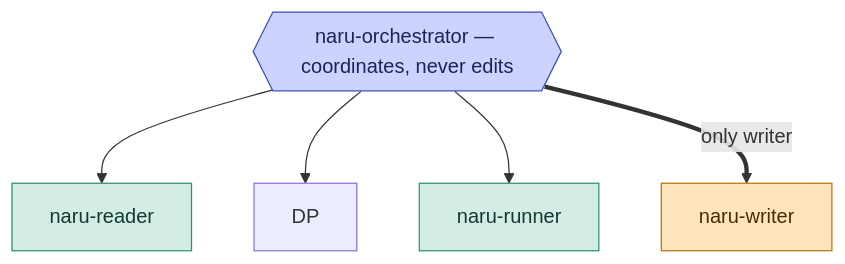
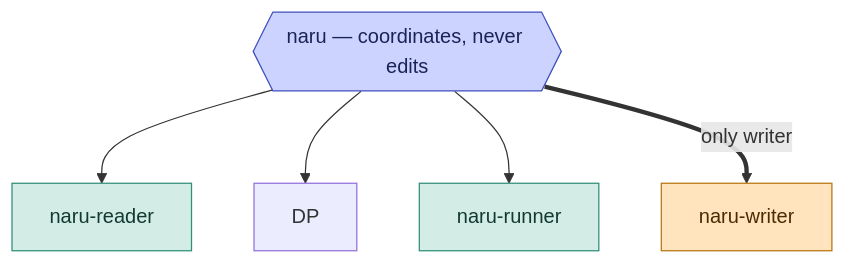
One commit to sean35mm/naru-opencode changed the first of 2 diagrams in docs/src/content/docs/concepts/adaptive-delegation.md. Above: the diagram before and after it, drawn with Mermaid. The commit also changed other lines of this file and 27 other files, not shown here.

First line of the commit message:
feat: rename naru-orchestrator agent to naru

````diff
--- a/docs/src/content/docs/concepts/adaptive-delegation.md
+++ b/docs/src/content/docs/concepts/adaptive-delegation.md
@@ -10,14 +10,14 @@
 ```mermaid
 flowchart TB
-  ORC{{"naru-orchestrator — coordinates, never edits"}}:::coord
+  ORC{{"naru — coordinates, never edits"}}:::coord
   RD["naru-reader"]:::read
   RN["naru-runner"]:::read
   WR["naru-writer"]:::write
 
   ORC --> RD & DP & RN
   ORC ==>|"only writer"| WR
 
   classDef coord fill:#ccd3ff,stroke:#3f4fbe,color:#1b2456
   classDef read fill:#d3ece5,stroke:#2f8f78,color:#123a31
   classDef write fill:#ffe4bd,stroke:#b8760f,color:#4a2c00
 ```
````
